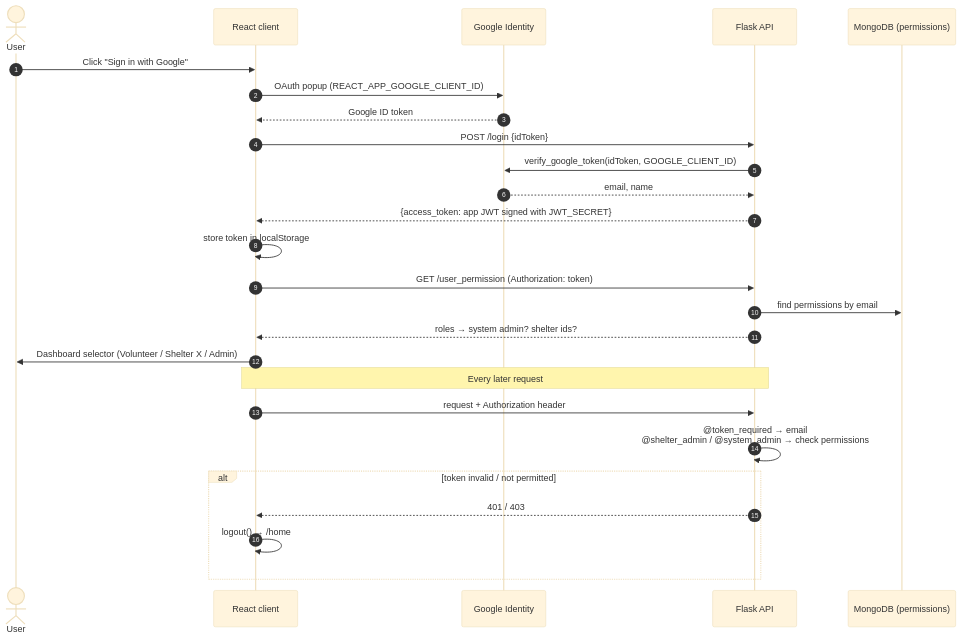
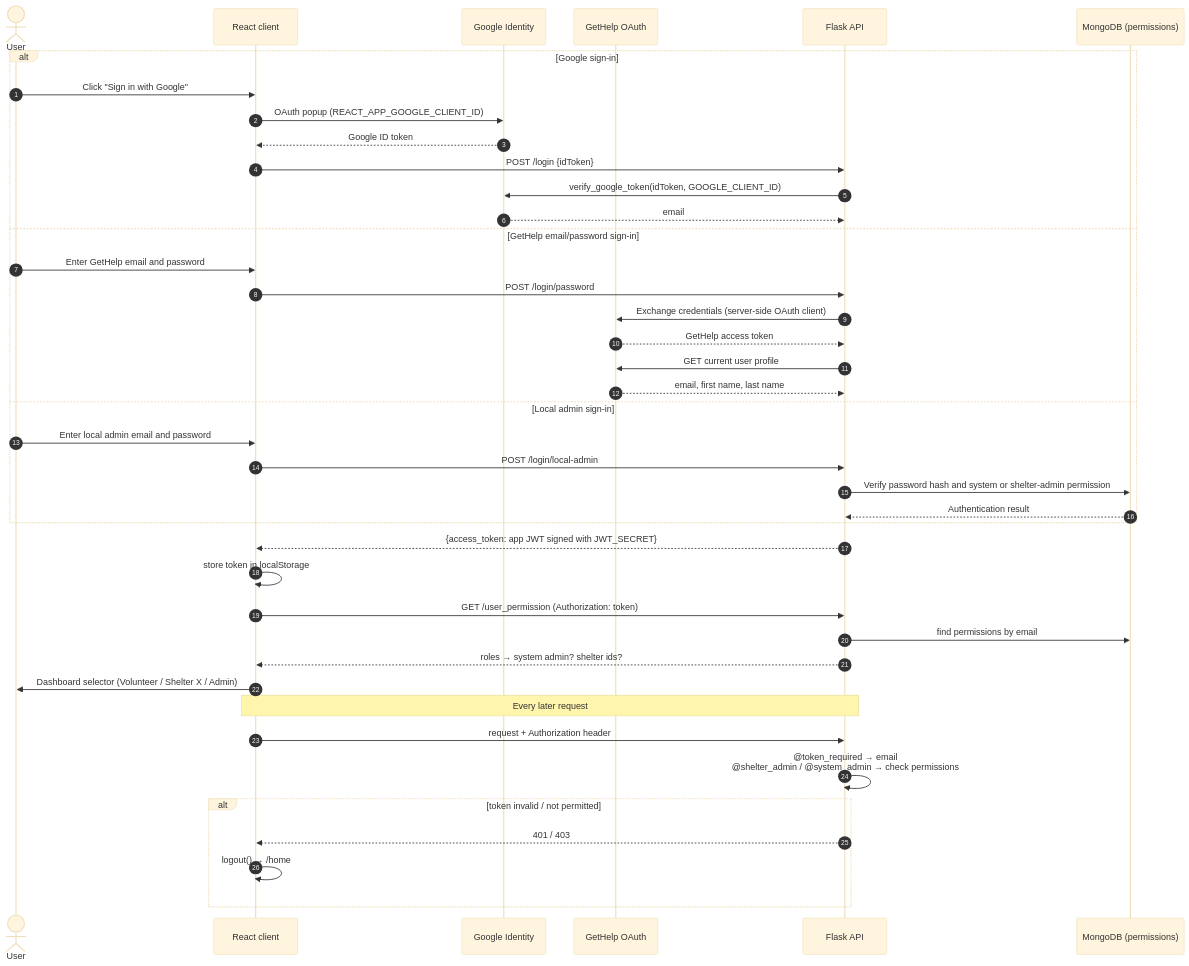
The ninth of 11 diagrams in docs/SYSTEM_DESIGN.md (oss-slu/shelter_volunteers), drawn with Mermaid (base theme) before and after one commit. The commit also changed other lines of this file and 17 other files, not shown here.

First line of the commit message:
Add admin email/password sign-in and redesign the landing page

````diff
--- a/docs/SYSTEM_DESIGN.md
+++ b/docs/SYSTEM_DESIGN.md
@@ -417,30 +417,45 @@
 ```mermaid
 sequenceDiagram
     autonumber
     actor U as User
     participant UI as React client
     participant G as Google Identity
+    participant GH as GetHelp OAuth
     participant API as Flask API
     participant DB as MongoDB (permissions)
 
-    U->>UI: Click "Sign in with Google"
-    UI->>G: OAuth popup (REACT_APP_GOOGLE_CLIENT_ID)
-    G-->>UI: Google ID token
-    UI->>API: POST /login {idToken}
-    API->>G: verify_google_token(idToken, GOOGLE_CLIENT_ID)
-    G-->>API: email, name
+    alt Google sign-in
+        U->>UI: Click "Sign in with Google"
+        UI->>G: OAuth popup (REACT_APP_GOOGLE_CLIENT_ID)
+        G-->>UI: Google ID token
+        UI->>API: POST /login {idToken}
+        API->>G: verify_google_token(idToken, GOOGLE_CLIENT_ID)
+        G-->>API: email
+    else GetHelp email/password sign-in
+        U->>UI: Enter GetHelp email and password
+        UI->>API: POST /login/password
+        API->>GH: Exchange credentials (server-side OAuth client)
+        GH-->>API: GetHelp access token
+        API->>GH: GET current user profile
+        GH-->>API: email, first name, last name
+    else Local admin sign-in
+        U->>UI: Enter local admin email and password
+        UI->>API: POST /login/local-admin
+        API->>DB: Verify password hash and system or shelter-admin permission
+        DB-->>API: Authentication result
+    end
     API-->>UI: {access_token: app JWT signed with JWT_SECRET}
     UI->>UI: store token in localStorage
     UI->>API: GET /user_permission (Authorization: token)
     API->>DB: find permissions by email
     API-->>UI: roles → system admin? shelter ids?
     UI->>U: Dashboard selector (Volunteer / Shelter X / Admin)
 
     Note over UI,API: Every later request
     UI->>API: request + Authorization header
     API->>API: @token_required → email<br/>@shelter_admin / @system_admin → check permissions
     alt token invalid / not permitted
         API-->>UI: 401 / 403
         UI->>UI: logout() → /home
     end
 ```
````
